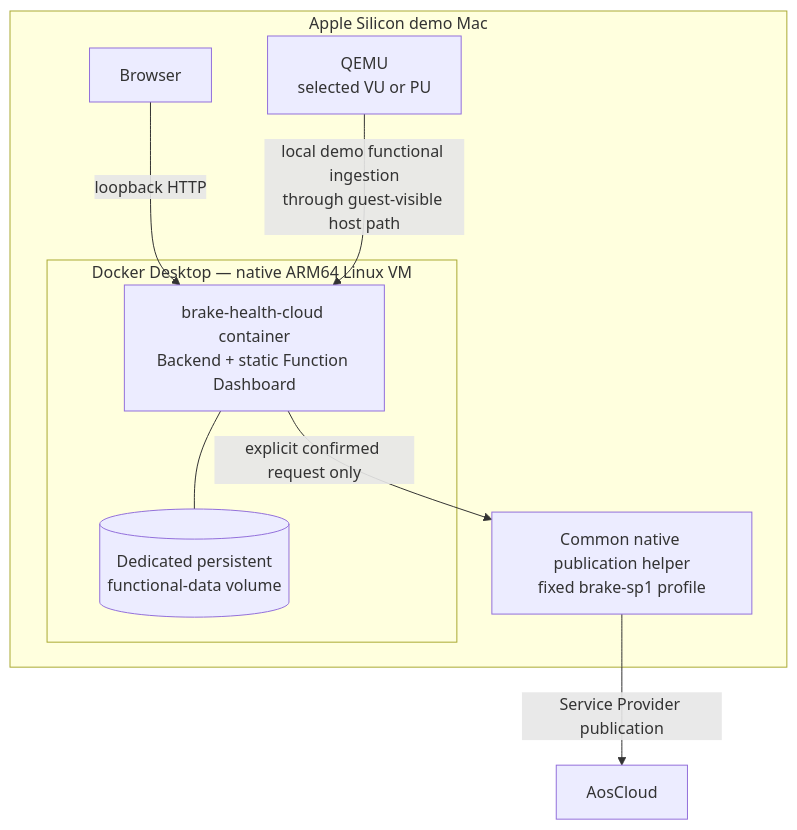
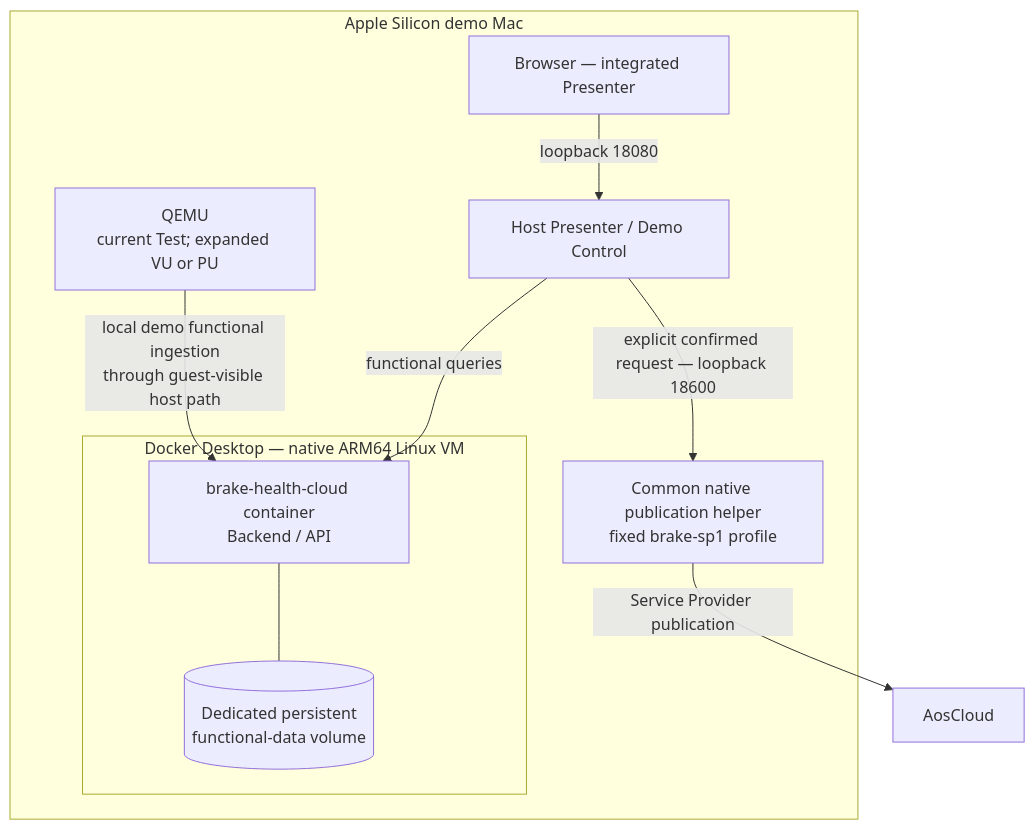
One commit to alexmaninblack/aosedge-sdv-demo changed the first of 2 diagrams in docs/requirements/components/brake-health-cloud.md. Above: the diagram before and after it, drawn with Mermaid. The commit also changed other lines of this file and 31 other files, not shown here.

````diff
--- a/docs/requirements/components/brake-health-cloud.md
+++ b/docs/requirements/components/brake-health-cloud.md
@@ -107,18 +108,20 @@
 ```mermaid
 flowchart TB
     subgraph MAC["Apple Silicon demo Mac"]
-        BROWSER["Browser"]
+        BROWSER["Browser — integrated Presenter"]
+        PRESENTER["Host Presenter / Demo Control"]
         subgraph DOCKER["Docker Desktop — native ARM64 Linux VM"]
-            PRODUCT["brake-health-cloud container<br/>Backend + static Function Dashboard"]
+            PRODUCT["brake-health-cloud container<br/>Backend / API"]
             DATA[("Dedicated persistent<br/>functional-data volume")]
             PRODUCT --- DATA
         end
         HELPER["Common native publication helper<br/>fixed brake-sp1 profile"]
-        QEMU["QEMU<br/>selected VU or PU"]
+        QEMU["QEMU<br/>current Test; expanded VU or PU"]
     end
 
-    BROWSER -->|"loopback HTTP"| PRODUCT
+    BROWSER -->|"loopback 18080"| PRESENTER
+    PRESENTER -->|"functional queries"| PRODUCT
     QEMU -->|"local demo functional ingestion<br/>through guest-visible host path"| PRODUCT
-    PRODUCT -->|"explicit confirmed request only"| HELPER
+    PRESENTER -->|"explicit confirmed request — loopback 18600"| HELPER
     HELPER -->|"Service Provider publication"| CLOUD["AosCloud"]
 ```
````
